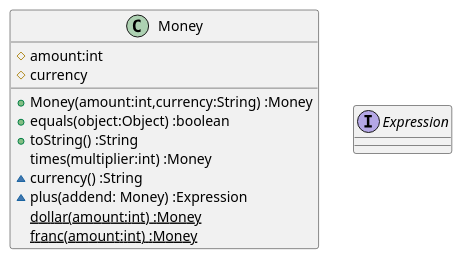
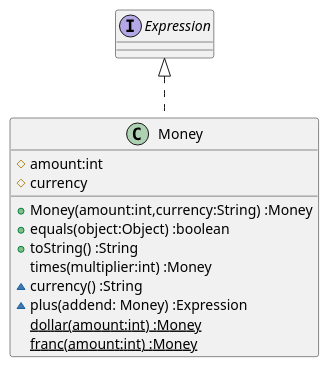
One commit to k2works/etude_for_java changed the diagram in docs/src/TDD.md. Above: the diagram before and after it, drawn with PlantUML. The commit also changed 3 other files, not shown here.

````diff
--- a/docs/src/TDD.md
+++ b/docs/src/TDD.md
@@ -47,15 +47,16 @@
 ```puml
 class Money {
   #amount:int
   #currency  
   +Money(amount:int,currency:String) :Money
   +equals(object:Object) :boolean  
   +toString() :String
   times(multiplier:int) :Money
   ~currency() :String
   ~plus(addend: Money) :Expression
   {static} dollar(amount:int) :Money
   {static} franc(amount:int) :Money  
 }
 interface Expression
+Expression <|.. Money
 ```
````
